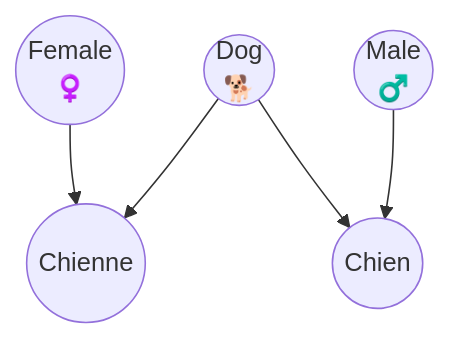
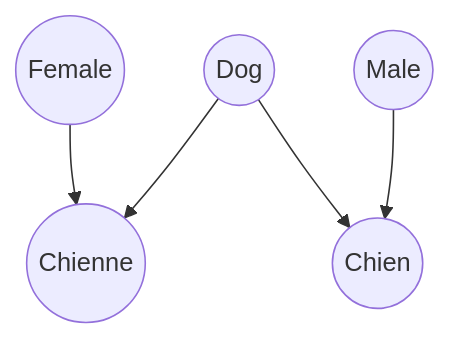
The eighth of 8 diagrams in src/mcp/skills/flashback-cards/SKILL.md (WeirdCatAFK/Flashback), drawn with Mermaid before and after one commit. The commit also changed other lines of this file and 3 other files, not shown here.

````diff
--- a/src/mcp/skills/flashback-cards/SKILL.md
+++ b/src/mcp/skills/flashback-cards/SKILL.md
@@ -204,12 +228,12 @@
 ```mermaid
 graph TD
-  Dog(("Dog<br/>🐕"))
-  Male(("Male<br/>♂️"))
-  Female(("Female<br/>♀️"))
+  Dog(("Dog"))
+  Male(("Male"))
+  Female(("Female"))
   Chienne((Chienne))
   Chien((Chien))
   Male --> Chien
   Female --> Chienne
   Dog --> Chienne
   Dog --> Chien
 ```
````
